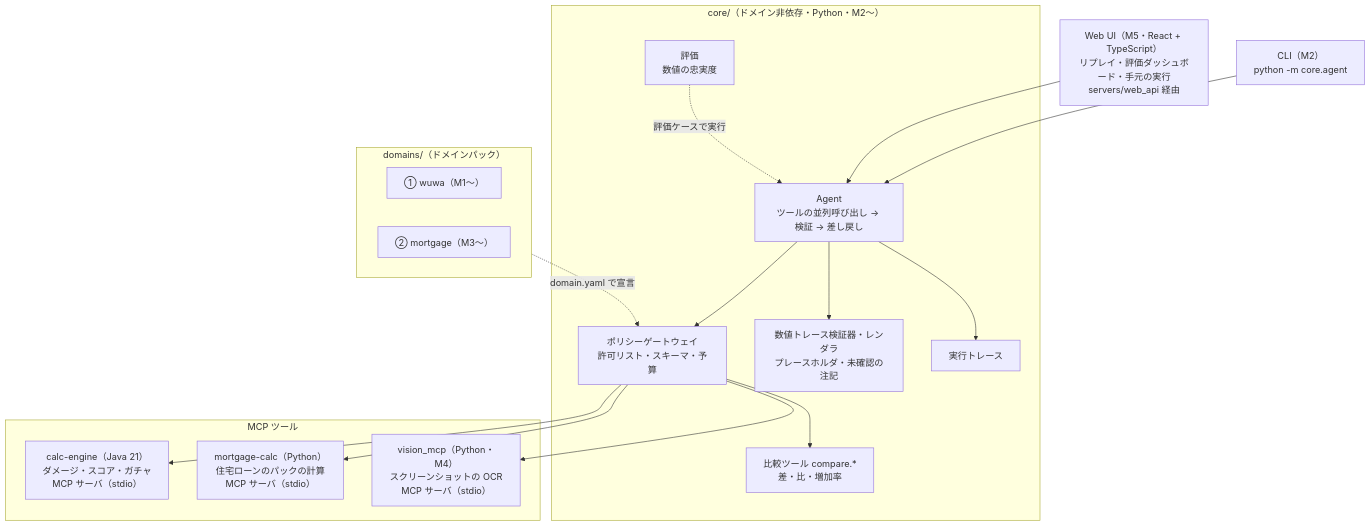
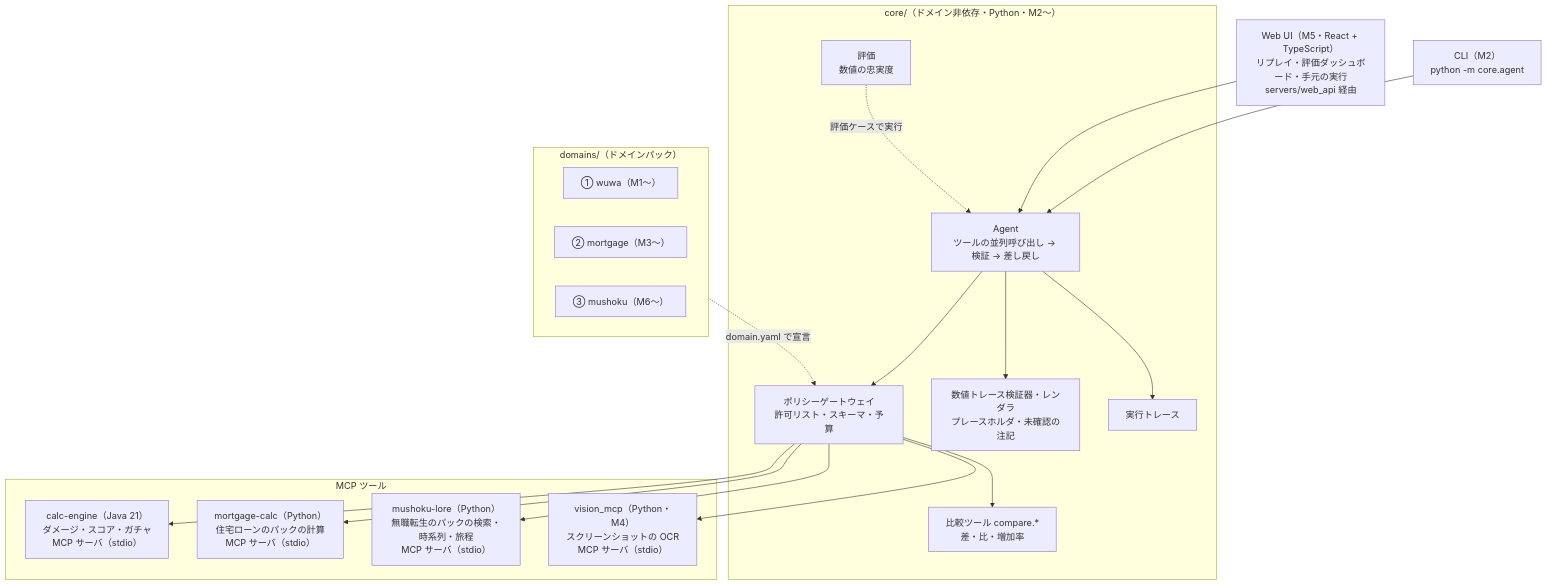
One commit to hexinlong9981/echolab changed the first of 3 diagrams in docs/architecture.md. Above: the diagram before and after it, drawn with Mermaid. The commit also changed other lines of this file and 14 other files, not shown here.

````diff
--- a/docs/architecture.md
+++ b/docs/architecture.md
@@ -11,30 +11,32 @@
 ```mermaid
 flowchart TB
   CLI["CLI（M2）<br/>python -m core.agent"]
   UI["Web UI（M5・React + TypeScript）<br/>リプレイ・評価ダッシュボード・手元の実行<br/>servers/web_api 経由"]
   subgraph core["core/（ドメイン非依存・Python・M2〜）"]
     AG["Agent<br/>ツールの並列呼び出し → 検証 → 差し戻し"]
     GW["ポリシーゲートウェイ<br/>許可リスト・スキーマ・予算"]
     VF["数値トレース検証器・レンダラ<br/>プレースホルダ・未確認の注記"]
     CMP["比較ツール compare.*<br/>差・比・増加率"]
     EV["評価<br/>数値の忠実度"]
     TR["実行トレース"]
   end
   subgraph tools["MCP ツール"]
     CE["calc-engine（Java 21）<br/>ダメージ・スコア・ガチャ<br/>MCP サーバ（stdio）"]
     MC["mortgage-calc（Python）<br/>住宅ローンのパックの計算<br/>MCP サーバ（stdio）"]
+    ML["mushoku-lore（Python）<br/>無職転生のパックの検索・時系列・旅程<br/>MCP サーバ（stdio）"]
     VM["vision_mcp（Python・M4）<br/>スクリーンショットの OCR<br/>MCP サーバ（stdio）"]
   end
   subgraph domains["domains/（ドメインパック）"]
     D1["① wuwa（M1〜）"]
     D3["② mortgage（M3〜）"]
+    D4["③ mushoku（M6〜）"]
   end
   CLI --> AG
   UI --> AG
-  AG --> GW --> CE & MC & CMP & VM
+  AG --> GW --> CE & MC & ML & CMP & VM
   AG --> VF
   AG --> TR
   domains -. "domain.yaml で宣言" .-> GW
   EV -. "評価ケースで実行" .-> AG
 
 ```
````
